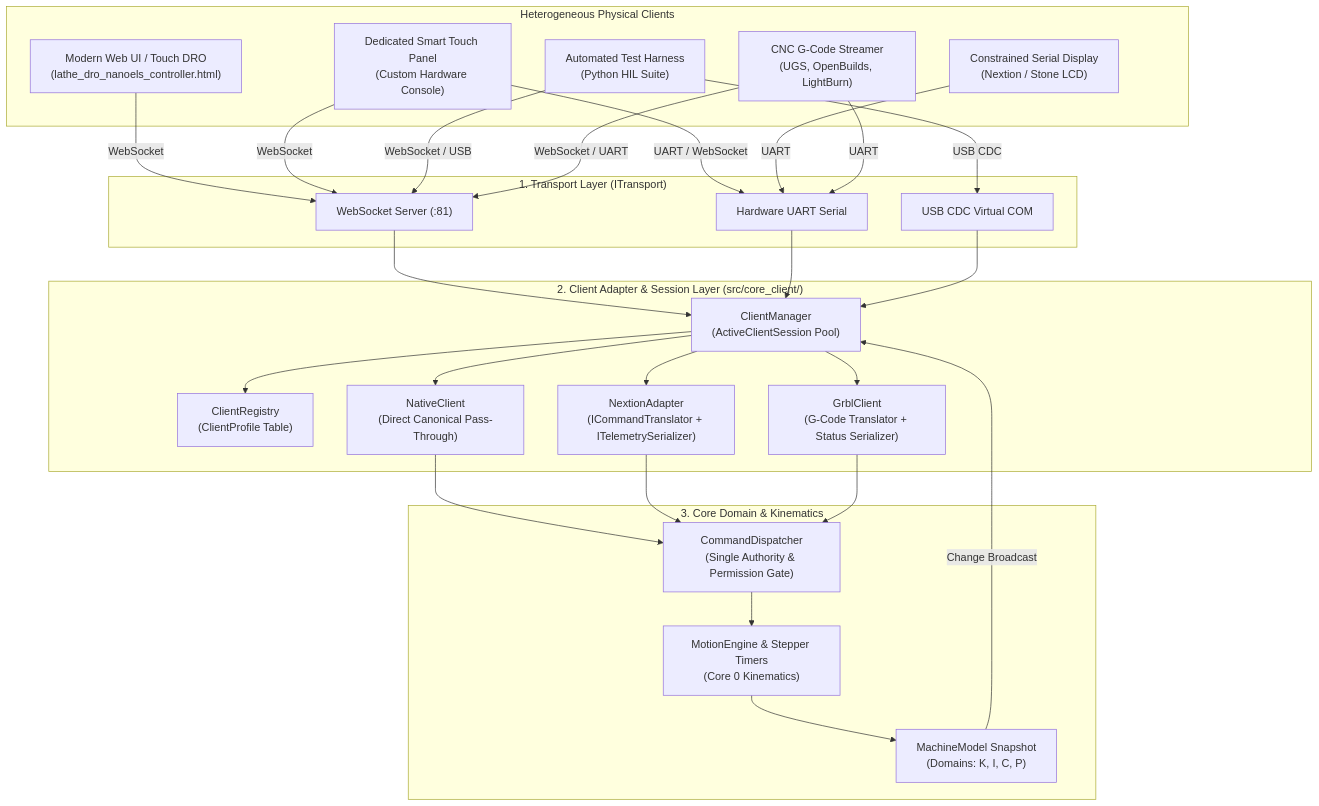
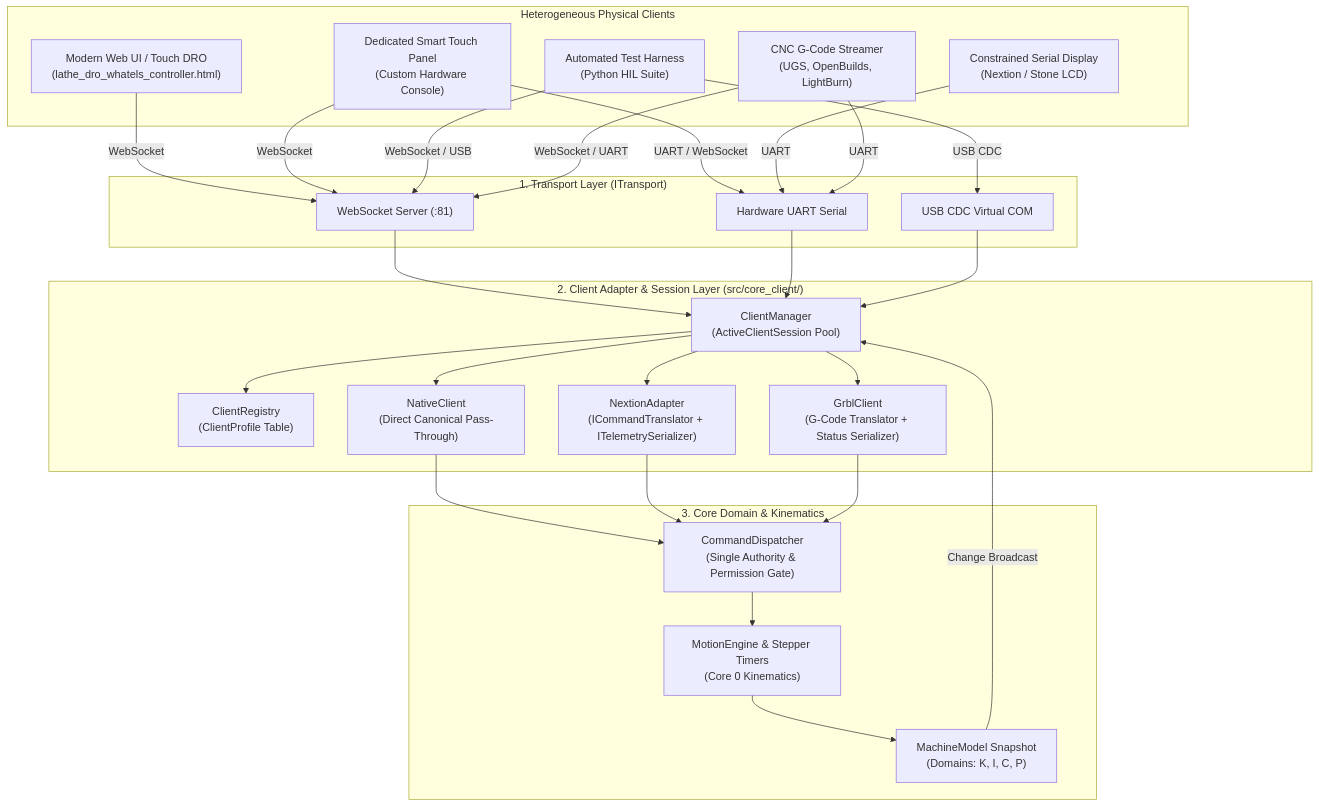
The first of 2 diagrams in docs/clients/CLIENT_IMPLEMENTATION_GUIDE.md (emmelcf/whatELS), drawn with Mermaid before and after one commit. The commit also changed other lines of this file and 95 other files, not shown here.

````diff
--- a/docs/clients/CLIENT_IMPLEMENTATION_GUIDE.md
+++ b/docs/clients/CLIENT_IMPLEMENTATION_GUIDE.md
@@ -26,56 +26,56 @@
 ```mermaid
 graph TD
     subgraph Client_Terminals ["Heterogeneous Physical Clients"]
-        WebUI["Modern Web UI / Touch DRO\n(lathe_dro_nanoels_controller.html)"]
+        WebUI["Modern Web UI / Touch DRO\n(lathe_dro_whatels_controller.html)"]
         SmartTouch["Dedicated Smart Touch Panel\n(Custom Hardware Console)"]
         NextionLCD["Constrained Serial Display\n(Nextion / Stone LCD)"]
         HILHarness["Automated Test Harness\n(Python HIL Suite)"]
         GrblSender["CNC G-Code Streamer\n(UGS, OpenBuilds, LightBurn)"]
     end
 
     subgraph Transport_Layer ["1. Transport Layer (ITransport)"]
         WS["WebSocket Server (:81)"]
         UART["Hardware UART Serial"]
         CDC["USB CDC Virtual COM"]
     end
 
     subgraph Client_Layer ["2. Client Adapter & Session Layer (src/core_client/)"]
         Registry["ClientRegistry\n(ClientProfile Table)"]
         SessionMgr["ClientManager\n(ActiveClientSession Pool)"]
         NativeEP["NativeClient\n(Direct Canonical Pass-Through)"]
         NextionEP["NextionAdapter\n(ICommandTranslator + ITelemetrySerializer)"]
         GrblEP["GrblClient\n(G-Code Translator + Status Serializer)"]
     end
 
     subgraph Core_Engine ["3. Core Domain & Kinematics"]
         Dispatcher["CommandDispatcher\n(Single Authority & Permission Gate)"]
         MotionCore["MotionEngine & Stepper Timers\n(Core 0 Kinematics)"]
         MachineModel["MachineModel Snapshot\n(Domains: K, I, C, P)"]
     end
 
     WebUI -->|WebSocket| WS
     SmartTouch -->|UART / WebSocket| UART
     SmartTouch -->|WebSocket| WS
     NextionLCD -->|UART| UART
     HILHarness -->|WebSocket / USB| WS
     HILHarness -->|USB CDC| CDC
     GrblSender -->|WebSocket / UART| WS
     GrblSender -->|UART| UART
 
     WS --> SessionMgr
     UART --> SessionMgr
     CDC --> SessionMgr
 
     SessionMgr --> Registry
     SessionMgr --> NativeEP
     SessionMgr --> NextionEP
     SessionMgr --> GrblEP
 
     NativeEP --> Dispatcher
     NextionEP --> Dispatcher
     GrblEP --> Dispatcher
 
     Dispatcher --> MotionCore
     MotionCore --> MachineModel
     MachineModel -->|Change Broadcast| SessionMgr
 ```
````
